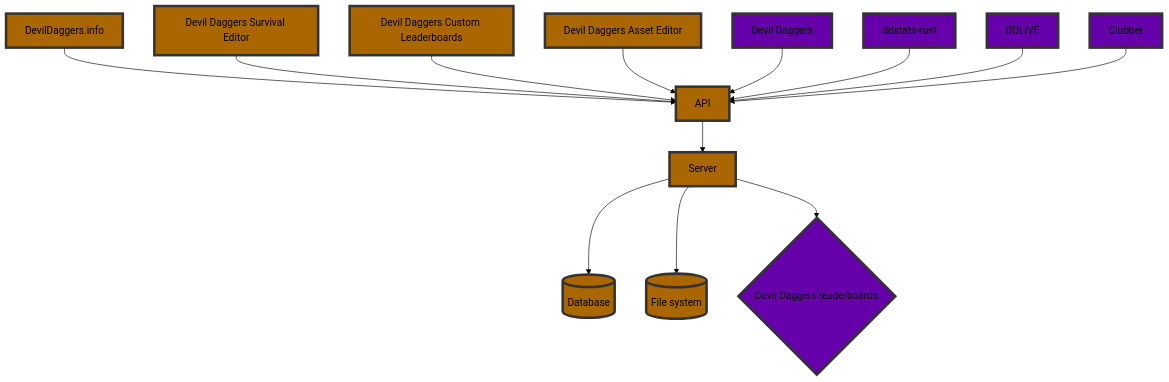
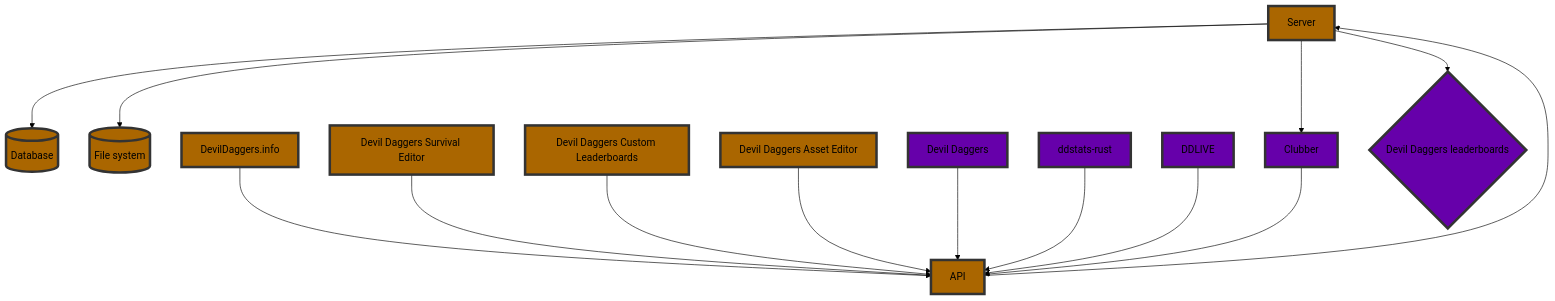
One commit to NoahStolk/ddinfo-web changed the second of 2 diagrams in docs/architecture.md. Above: the diagram before and after it, drawn with Mermaid (forest theme).

````diff
--- a/docs/architecture.md
+++ b/docs/architecture.md
@@ -108,38 +108,39 @@
 ```mermaid
 flowchart TD;
 
     database[(Database)]
     filesystem[(File system)]
     server[Server]
     api[API]
 	devildaggersinfo[DevilDaggers.info]
     devildaggers[Devil Daggers]
     ddse[Devil Daggers Survival Editor]
     ddcl[Devil Daggers Custom Leaderboards]
     ddae[Devil Daggers Asset Editor]
     ddstatsrust[ddstats-rust]
     ddlive[DDLIVE]
     clubber[Clubber]
 	devildaggersleaderboards{Devil Daggers leaderboards}
 	
 	class database,filesystem,server,api,devildaggersinfo,ddse,ddcl,ddae ddinfo;
 	class devildaggers,ddstatsrust,ddlive,clubber,devildaggersleaderboards external;
 
     classDef ddinfo fill:#a60,stroke:#333,stroke-width:4px;
     classDef external fill:#60a,stroke:#333,stroke-width:4px;
 	
 	server --> database
 	server --> filesystem
 	server --> devildaggersleaderboards
+	server --> clubber
 
 	api --> server
 
 	devildaggersinfo --> api
 	ddse --> api
 	ddcl --> api
 	ddae --> api
 	devildaggers --> api
 	ddstatsrust --> api
 	ddlive --> api
 	clubber --> api
 ```
````
